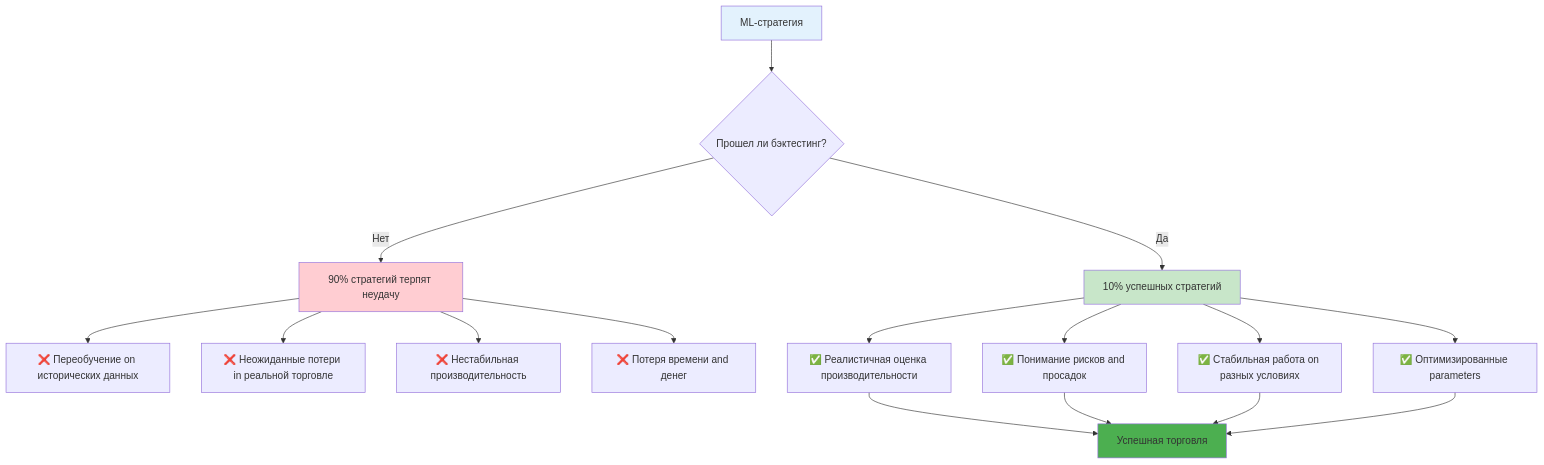
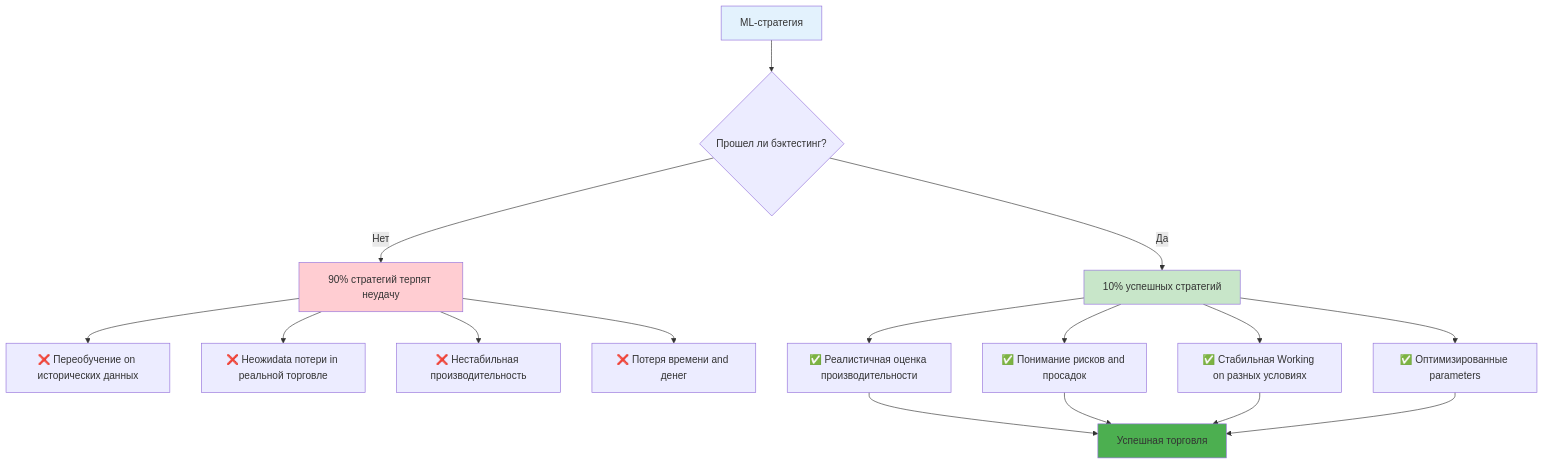
One commit to NeoZorK/neozork-hld-prediction changed the first of 9 diagrams in docs/automl/gluon/29_backtesting_methods.md. Above: the diagram before and after it, drawn with Mermaid. The commit also changed other lines of this file and 108 other files, not shown here.

````diff
--- a/docs/automl/gluon/29_backtesting_methods.md
+++ b/docs/automl/gluon/29_backtesting_methods.md
@@ -10,26 +10,26 @@
 ```mermaid
 graph TD
  A[ML-стратегия] --> B{Прошел ли бэктестинг?}
 
  B -->|Нет| C[90% стратегий терпят неудачу]
  C --> D[❌ Переобучение on исторических данных]
- C --> E[❌ Неожиданные потери in реальной торговле]
+ C --> E[❌ Неожиdata потери in реальной торговле]
  C --> F[❌ Нестабильная производительность]
  C --> G[❌ Потеря времени and денег]
 
  B -->|Да| H[10% успешных стратегий]
  H --> I[✅ Реалистичная оценка производительности]
  H --> J[✅ Понимание рисков and просадок]
- H --> K[✅ Стабильная работа on разных условиях]
+ H --> K[✅ Стабильная Working on разных условиях]
  H --> L[✅ Оптимизированные parameters]
 
  I --> M[Успешная торговля]
  J --> M
  K --> M
  L --> M
 
  style A fill:#e3f2fd
  style C fill:#ffcdd2
  style H fill:#c8e6c9
  style M fill:#4caf50
 ```
````
